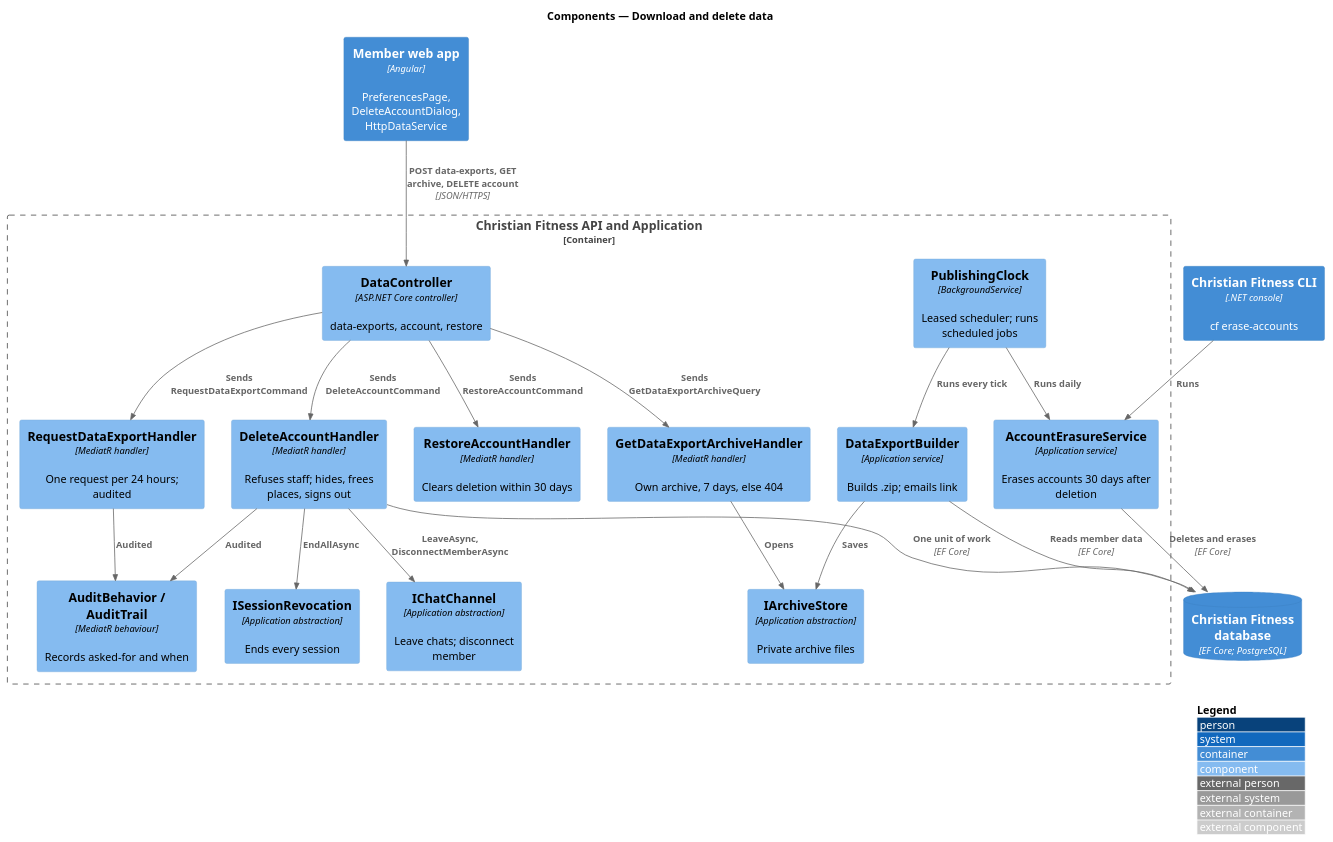
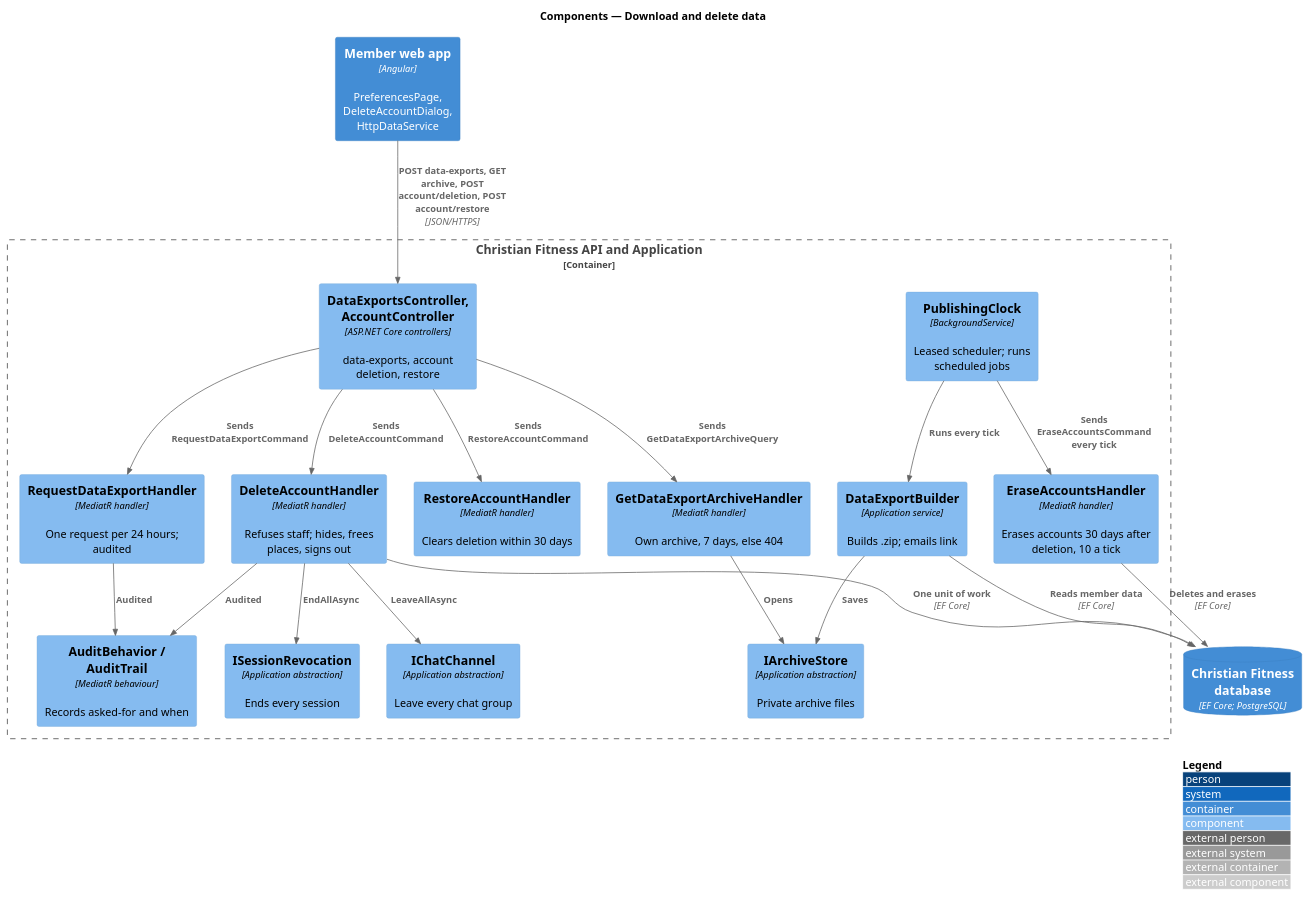
The diagram in docs/detailed-designs/preferences/download-and-delete-data/diagrams/c4-component.puml (QuinntyneBrown/christian-fitness), drawn with PlantUML before and after one commit. The commit also changed 106 other files, not shown here.

First line of the commit message:
Journey 36: Delete my account (#230)

```diff
--- a/docs/detailed-designs/preferences/download-and-delete-data/diagrams/c4-component.puml
+++ b/docs/detailed-designs/preferences/download-and-delete-data/diagrams/c4-component.puml
@@ -1,40 +1,38 @@
 @startuml
 !include <C4/C4_Component>
 LAYOUT_WITH_LEGEND()
 title Components — Download and delete data
 
 Container(web, "Member web app", "Angular", "PreferencesPage, DeleteAccountDialog, HttpDataService")
-Container(cli, "Christian Fitness CLI", ".NET console", "cf erase-accounts")
 Container_Boundary(api, "Christian Fitness API and Application") {
-  Component(ctrl, "DataController", "ASP.NET Core controller", "data-exports, account, restore")
+  Component(ctrl, "DataExportsController, AccountController", "ASP.NET Core controllers", "data-exports, account deletion, restore")
   Component(req, "RequestDataExportHandler", "MediatR handler", "One request per 24 hours; audited")
   Component(get, "GetDataExportArchiveHandler", "MediatR handler", "Own archive, 7 days, else 404")
   Component(del, "DeleteAccountHandler", "MediatR handler", "Refuses staff; hides, frees places, signs out")
   Component(restore, "RestoreAccountHandler", "MediatR handler", "Clears deletion within 30 days")
   Component(clock, "PublishingClock", "BackgroundService", "Leased scheduler; runs scheduled jobs")
   Component(builder, "DataExportBuilder", "Application service", "Builds .zip; emails link")
-  Component(erase, "AccountErasureService", "Application service", "Erases accounts 30 days after deletion")
+  Component(erase, "EraseAccountsHandler", "MediatR handler", "Erases accounts 30 days after deletion, 10 a tick")
   Component(audit, "AuditBehavior / AuditTrail", "MediatR behaviour", "Records asked-for and when")
   Component(rev, "ISessionRevocation", "Application abstraction", "Ends every session")
-  Component(chat, "IChatChannel", "Application abstraction", "Leave chats; disconnect member")
+  Component(chat, "IChatChannel", "Application abstraction", "Leave every chat group")
   Component(store, "IArchiveStore", "Application abstraction", "Private archive files")
 }
 ContainerDb(db, "Christian Fitness database", "EF Core; PostgreSQL", "")
-Rel(web, ctrl, "POST data-exports, GET archive, DELETE account", "JSON/HTTPS")
+Rel(web, ctrl, "POST data-exports, GET archive, POST account/deletion, POST account/restore", "JSON/HTTPS")
 Rel(ctrl, req, "Sends RequestDataExportCommand")
 Rel(ctrl, get, "Sends GetDataExportArchiveQuery")
 Rel(ctrl, del, "Sends DeleteAccountCommand")
 Rel(ctrl, restore, "Sends RestoreAccountCommand")
 Rel(req, audit, "Audited")
 Rel(del, audit, "Audited")
 Rel(del, rev, "EndAllAsync")
-Rel(del, chat, "LeaveAsync, DisconnectMemberAsync")
+Rel(del, chat, "LeaveAllAsync")
 Rel(get, store, "Opens")
-Rel(cli, erase, "Runs")
 Rel(clock, builder, "Runs every tick")
-Rel(clock, erase, "Runs daily")
+Rel(clock, erase, "Sends EraseAccountsCommand every tick")
 Rel(builder, store, "Saves")
 Rel(builder, db, "Reads member data", "EF Core")
 Rel(erase, db, "Deletes and erases", "EF Core")
 Rel(del, db, "One unit of work", "EF Core")
 @enduml
```
